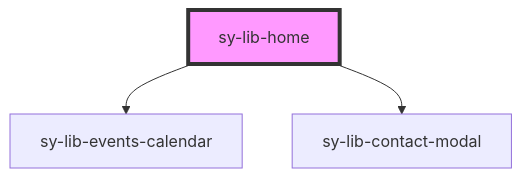
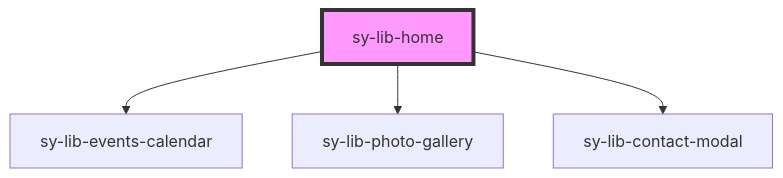
Before and after one commit to douglasdamasceno-sydle/sydle-arave: the diagram in packages/home-page/src/components/home/readme.md, drawn with Mermaid. The commit also changed other lines of this file and 14 other files, not shown here.

````diff
--- a/packages/home-page/src/components/home/readme.md
+++ b/packages/home-page/src/components/home/readme.md
@@ -16,6 +17,7 @@
 ```mermaid
 graph TD;
   sy-lib-home --> sy-lib-events-calendar
+  sy-lib-home --> sy-lib-photo-gallery
   sy-lib-home --> sy-lib-contact-modal
   style sy-lib-home fill:#f9f,stroke:#333,stroke-width:4px
 ```
````
